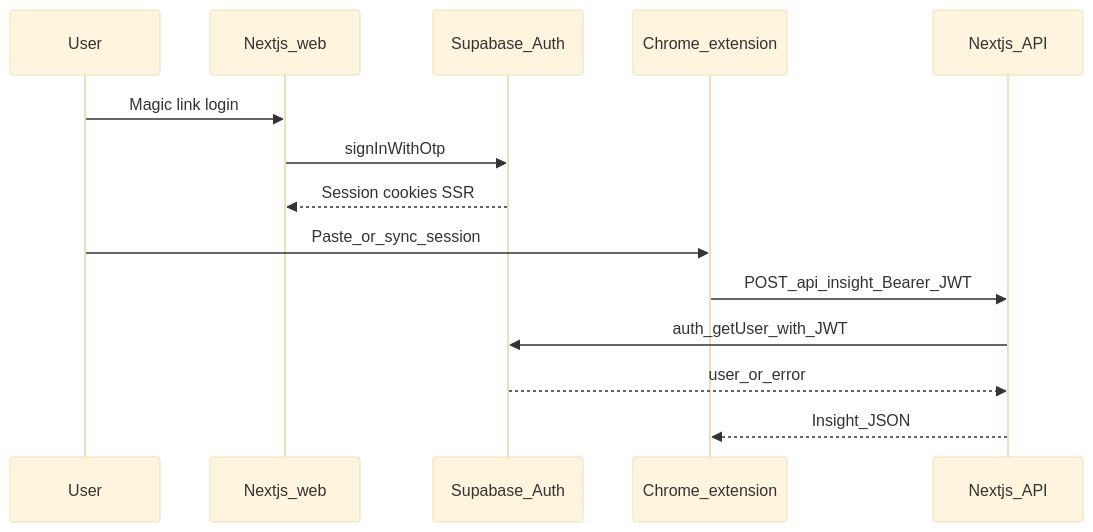
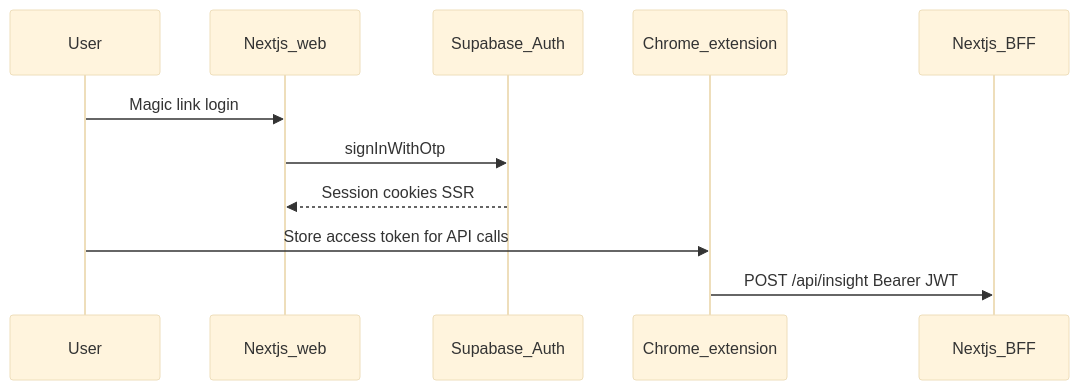
One commit to dickoallassane/ai-smart-shopper-allassane-dicko changed the second of 2 diagrams in requirements/tech-stack.requirement.md. Above: the diagram before and after it, drawn with Mermaid (base theme). The commit also changed other lines of this file and 7 other files, not shown here.

````diff
--- a/requirements/tech-stack.requirement.md
+++ b/requirements/tech-stack.requirement.md
@@ -35,17 +55,14 @@
 ```mermaid
 sequenceDiagram
   participant User
   participant Web as Nextjs_web
   participant Supa as Supabase_Auth
   participant Ext as Chrome_extension
-  participant API as Nextjs_API
+  participant API as Nextjs_BFF
 
   User->>Web: Magic link login
   Web->>Supa: signInWithOtp
   Supa-->>Web: Session cookies SSR
-  User->>Ext: Paste_or_sync_session
-  Ext->>API: POST_api_insight_Bearer_JWT
-  API->>Supa: auth_getUser_with_JWT
-  Supa-->>API: user_or_error
-  API-->>Ext: Insight_JSON
+  User->>Ext: Store access token for API calls
+  Ext->>API: POST /api/insight Bearer JWT
 ```
````
